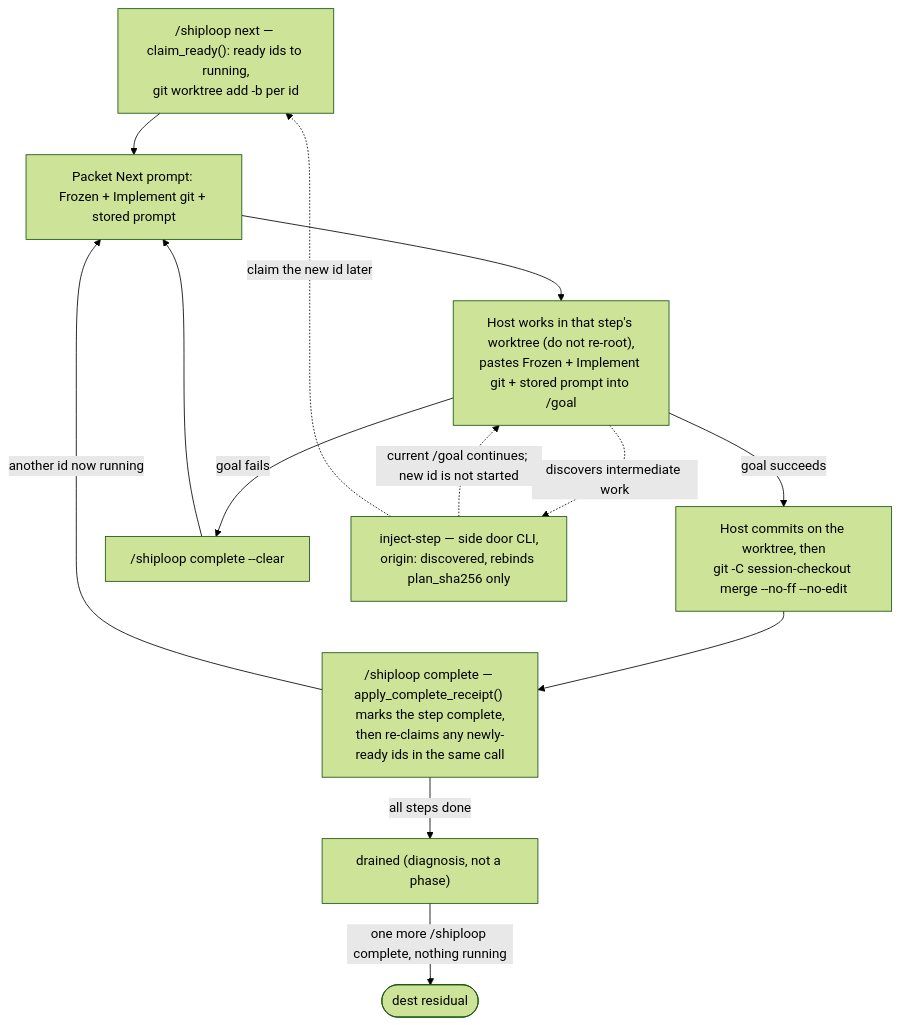
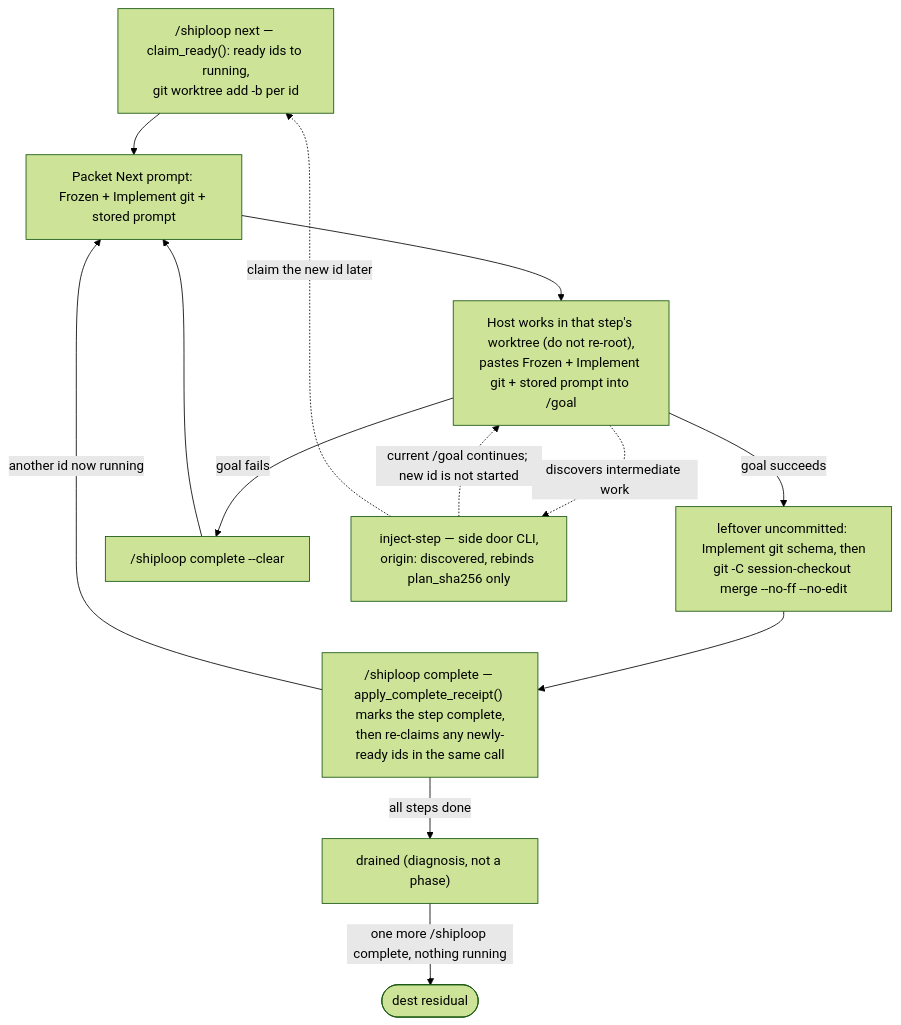
Before and after one commit to whichguy/skill-craft: the fourth of 5 diagrams in plugins/shiploop/skills/shiploop/README.md, drawn with Mermaid (forest theme). The commit also changed 4 other files, not shown here.

First line of the commit message:
ShipLoop: Progress and mermaid leftover-only closer.

````diff
--- a/plugins/shiploop/skills/shiploop/README.md
+++ b/plugins/shiploop/skills/shiploop/README.md
@@ -330,15 +330,15 @@
 ```mermaid
 flowchart TD
   next["/shiploop next — claim_ready(): ready ids to running,\ngit worktree add -b per id"] --> printed["Packet Next prompt: Frozen + Implement git + stored prompt"]
   printed --> gwork["Host works in that step's worktree (do not re-root),\npastes Frozen + Implement git + stored prompt into /goal"]
-  gwork -->|goal succeeds| cm["Host commits on the worktree, then\ngit -C session-checkout merge --no-ff --no-edit"]
+  gwork -->|goal succeeds| cm["leftover uncommitted: Implement git schema, then\ngit -C session-checkout merge --no-ff --no-edit"]
   cm --> complete["/shiploop complete — apply_complete_receipt() marks the step complete,\nthen re-claims any newly-ready ids in the same call"]
   complete -->|another id now running| printed
   complete -->|all steps done| drained["drained (diagnosis, not a phase)"]
   drained -->|one more /shiploop complete, nothing running| residual([dest residual])
   gwork -->|goal fails| clear["/shiploop complete --clear"]
   clear --> printed
   gwork -.->|discovers intermediate work| inject["inject-step — side door CLI,\norigin: discovered, rebinds plan_sha256 only"]
   inject -.->|current /goal continues; new id is not started| gwork
   inject -.->|claim the new id later| next
 ```
````
